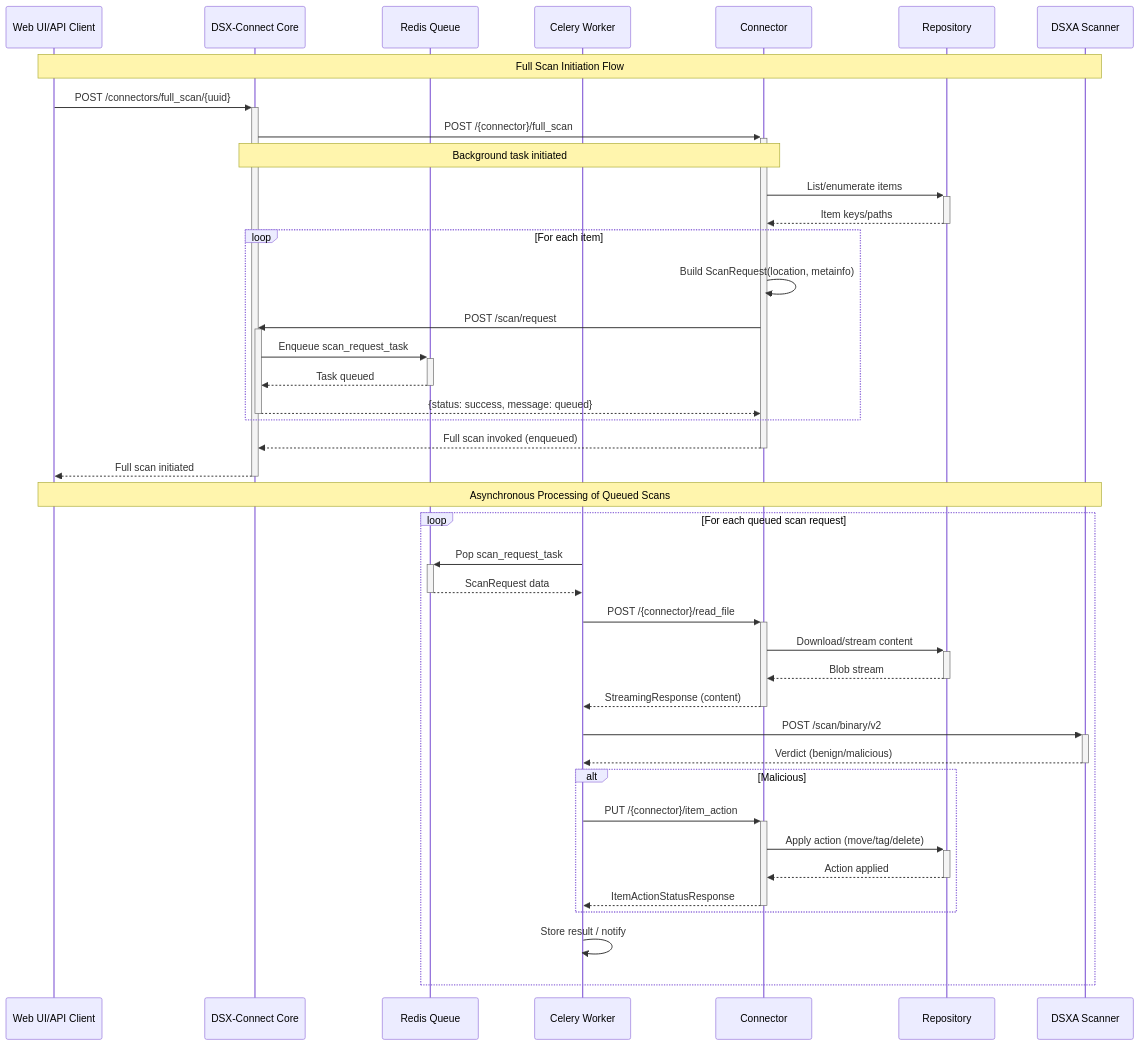
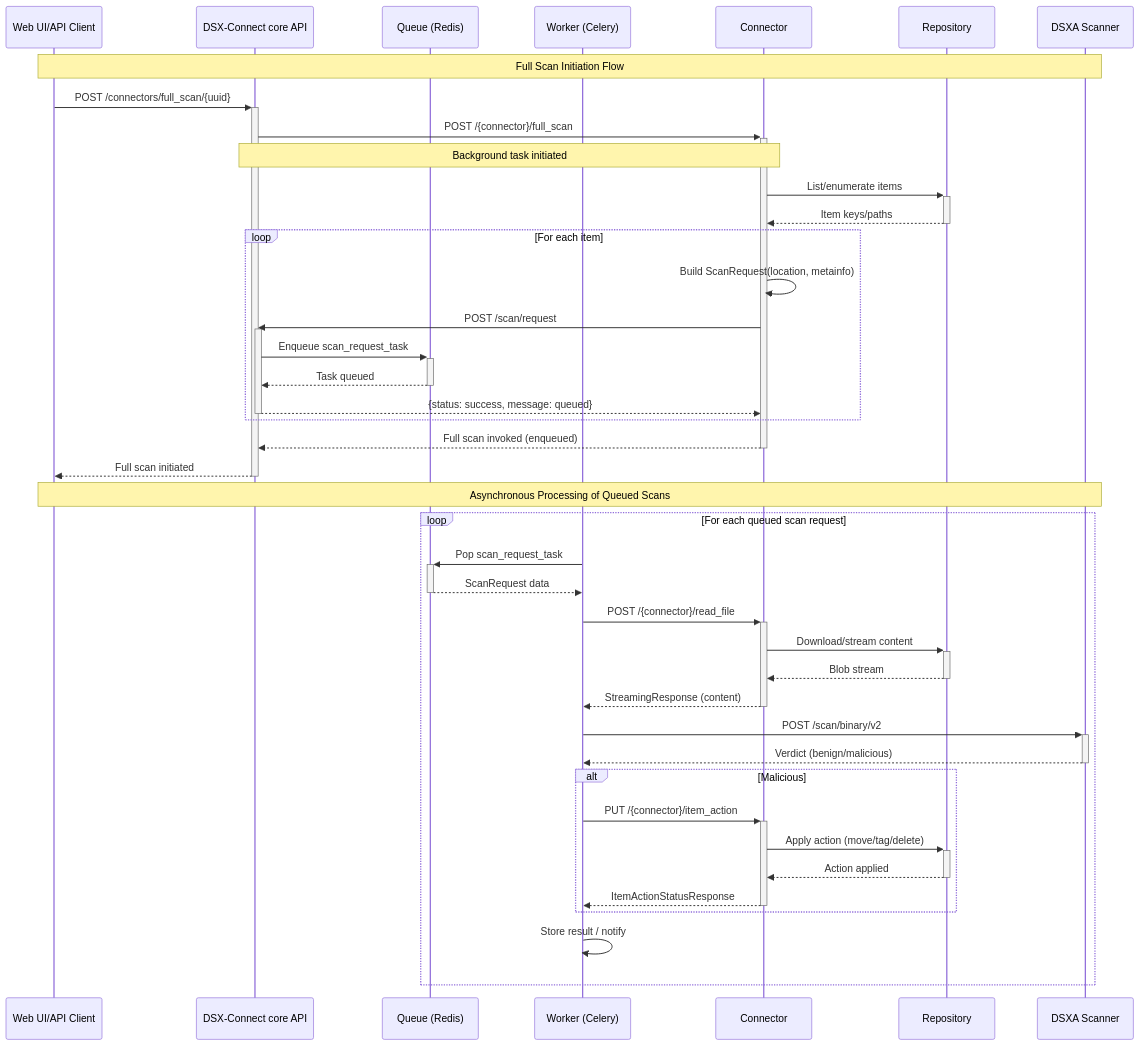
Before and after one commit to deep-instinct/dsx-connect: the second of 2 diagrams in docs/overview.md, drawn with Mermaid. The commit also changed other lines of this file and 43 other files, not shown here.

````diff
--- a/docs/overview.md
+++ b/docs/overview.md
@@ -133,50 +158,50 @@
 ```mermaid
 sequenceDiagram
     participant UI as Web UI/API Client
-    participant DSX as DSX-Connect Core
-    participant Queue as Redis Queue
-    participant Worker as Celery Worker
+    participant DSX as DSX-Connect core API
+    participant Queue as Queue (Redis)
+    participant Worker as Worker (Celery)
     participant Conn as Connector
     participant Repo as Repository
     participant DSXA as DSXA Scanner
 
     Note over UI, DSXA: Full Scan Initiation Flow
 
     UI->>+DSX: POST /connectors/full_scan/{uuid}
     DSX->>+Conn: POST /{connector}/full_scan
     Note over DSX, Conn: Background task initiated
 
     Conn->>+Repo: List/enumerate items
     Repo-->>-Conn: Item keys/paths
 
     loop For each item
         Conn->>Conn: Build ScanRequest(location, metainfo)
         Conn->>+DSX: POST /scan/request
         DSX->>+Queue: Enqueue scan_request_task
         Queue-->>-DSX: Task queued
         DSX-->>-Conn: {status: success, message: queued}
     end
 
     Conn-->>-DSX: Full scan invoked (enqueued)
     DSX-->>-UI: Full scan initiated
 
     Note over UI, DSXA: Asynchronous Processing of Queued Scans
 
     loop For each queued scan request
         Worker->>+Queue: Pop scan_request_task
         Queue-->>-Worker: ScanRequest data
         Worker->>+Conn: POST /{connector}/read_file
         Conn->>+Repo: Download/stream content
         Repo-->>-Conn: Blob stream
         Conn-->>-Worker: StreamingResponse (content)
         Worker->>+DSXA: POST /scan/binary/v2
         DSXA-->>-Worker: Verdict (benign/malicious)
         alt Malicious
             Worker->>+Conn: PUT /{connector}/item_action
             Conn->>+Repo: Apply action (move/tag/delete)
             Repo-->>-Conn: Action applied
             Conn-->>-Worker: ItemActionStatusResponse
         end
         Worker->>Worker: Store result / notify
     end
 ```
````
